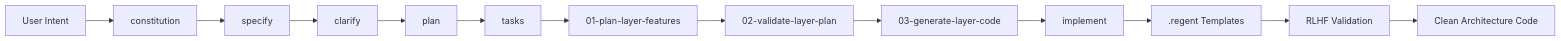
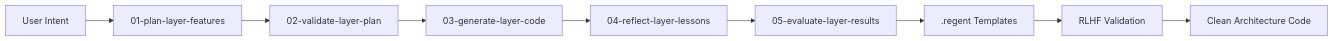
The second of 3 diagrams in README.md (thiagobutignon/spec-kit-clean-archicteture), drawn with Mermaid before and after one commit. The commit also changed other lines of this file and 9 other files, not shown here.

````diff
--- a/README.md
+++ b/README.md
@@ -195,17 +184,11 @@
 ```mermaid
 graph LR
-    A[User Intent] --> B[constitution]
-    B --> C[specify]
-    C --> D[clarify]
-    D --> E[plan]
-    E --> F[tasks]
-
-    F --> G[01-plan-layer-features]
-    G --> H[02-validate-layer-plan]
-    H --> I[03-generate-layer-code]
-    I --> J[implement]
-
-    J --> K[.regent Templates]
-    K --> L[RLHF Validation]
-    L --> M[Clean Architecture Code]
+    A[User Intent] --> B[01-plan-layer-features]
+    B --> C[02-validate-layer-plan]
+    C --> D[03-generate-layer-code]
+    D --> E[04-reflect-layer-lessons]
+    E --> F[05-evaluate-layer-results]
+    F --> G[.regent Templates]
+    G --> H[RLHF Validation]
+    H --> I[Clean Architecture Code]
 ```
````
